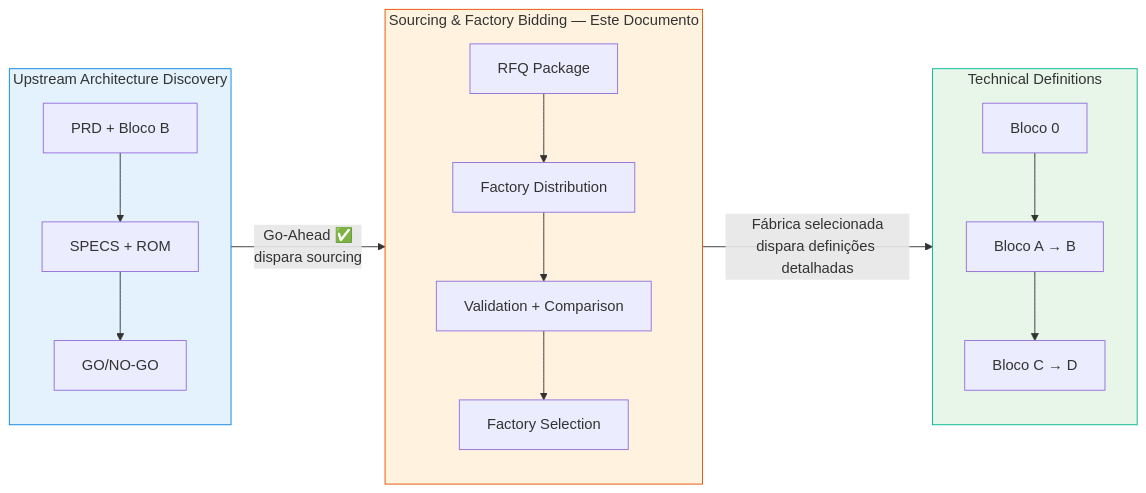
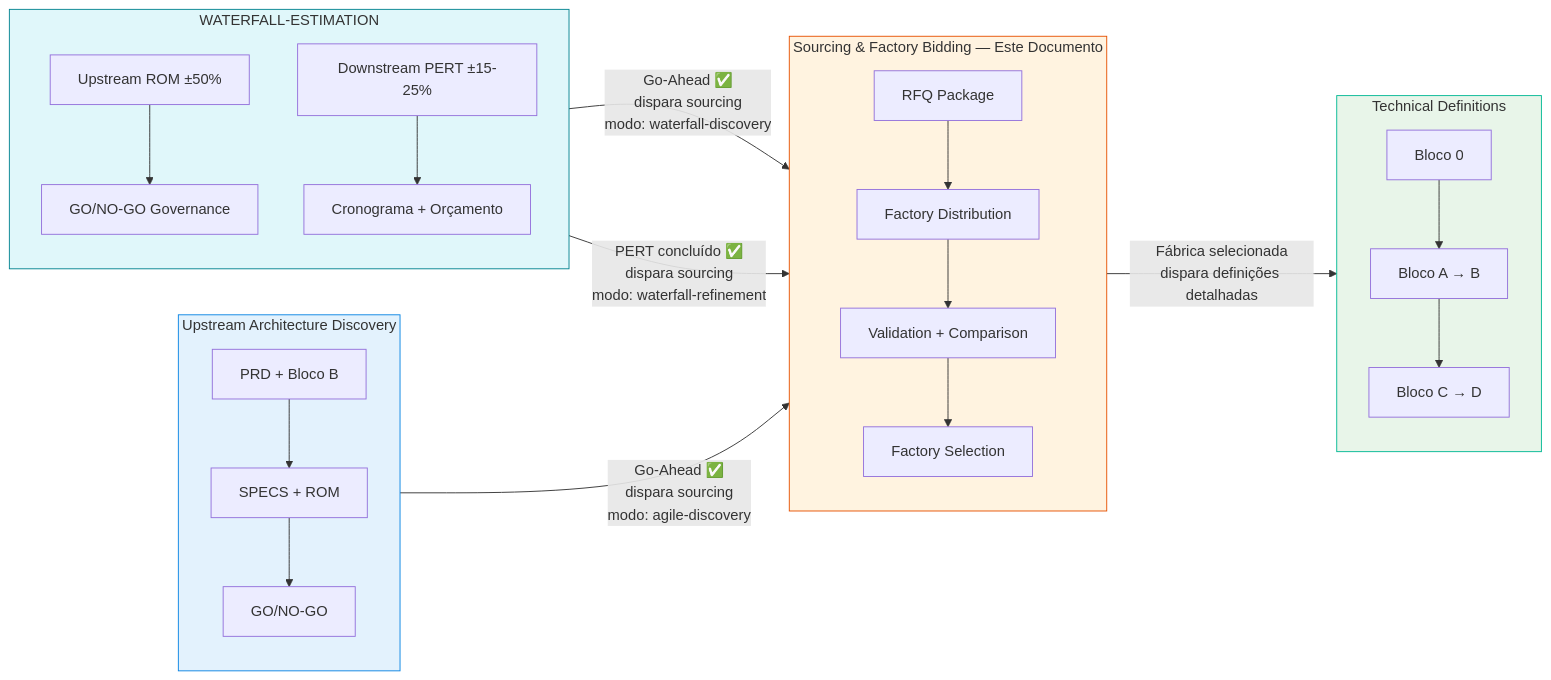
Before and after one commit to bolismar69/workspace-fbso: the eighth of 8 diagrams in .specs/prompts/sourcing-factory-bidding/FLOWCHART-PROMPT-ROADMAP-GENERATE-SOURCING-FACTORY-BIDDING.md, drawn with Mermaid. The commit also changed other lines of this file and 129 other files, not shown here.

````diff
--- a/.specs/prompts/sourcing-factory-bidding/FLOWCHART-PROMPT-ROADMAP-GENERATE-SOURCING-FACTORY-BIDDING.md
+++ b/.specs/prompts/sourcing-factory-bidding/FLOWCHART-PROMPT-ROADMAP-GENERATE-SOURCING-FACTORY-BIDDING.md
@@ -445,28 +507,37 @@
 ```mermaid
 flowchart LR
     subgraph UPSTREAM[Upstream Architecture Discovery]
         direction TB
         U1[PRD + Bloco B] --> U2[SPECS + ROM]
         U2 --> U3[GO/NO-GO]
+    end
+
+    subgraph WATERFALL_EST[WATERFALL-ESTIMATION]
+        direction TB
+        W1[Upstream ROM ±50%] --> W2[GO/NO-GO Governance]
+        W3[Downstream PERT ±15-25%] --> W4[Cronograma + Orçamento]
     end
 
     subgraph SOURCING[Sourcing & Factory Bidding — Este Documento]
         direction TB
         S1[RFQ Package] --> S2[Factory Distribution]
         S2 --> S3[Validation + Comparison]
         S3 --> S4[Factory Selection]
     end
 
     subgraph TECHDEF[Technical Definitions]
         direction TB
         T1[Bloco 0] --> T2[Bloco A → B]
         T2 --> T3[Bloco C → D]
     end
 
-    U3 -->|"Go-Ahead ✅<br/>dispara sourcing"| S1
+    U3 -->|"Go-Ahead ✅<br/>dispara sourcing<br/>modo: agile-discovery"| S1
+    W2 -->|"Go-Ahead ✅<br/>dispara sourcing<br/>modo: waterfall-discovery"| S1
+    W4 -->|"PERT concluído ✅<br/>dispara sourcing<br/>modo: waterfall-refinement"| S1
     S4 -->|"Fábrica selecionada<br/>dispara definições detalhadas"| T1
 
     style UPSTREAM fill:#e3f2fd,stroke:#0984e3
+    style WATERFALL_EST fill:#e0f7fa,stroke:#00838f
     style SOURCING fill:#fff3e0,stroke:#e65100
     style TECHDEF fill:#e8f5e9,stroke:#00b894
 ```
````
